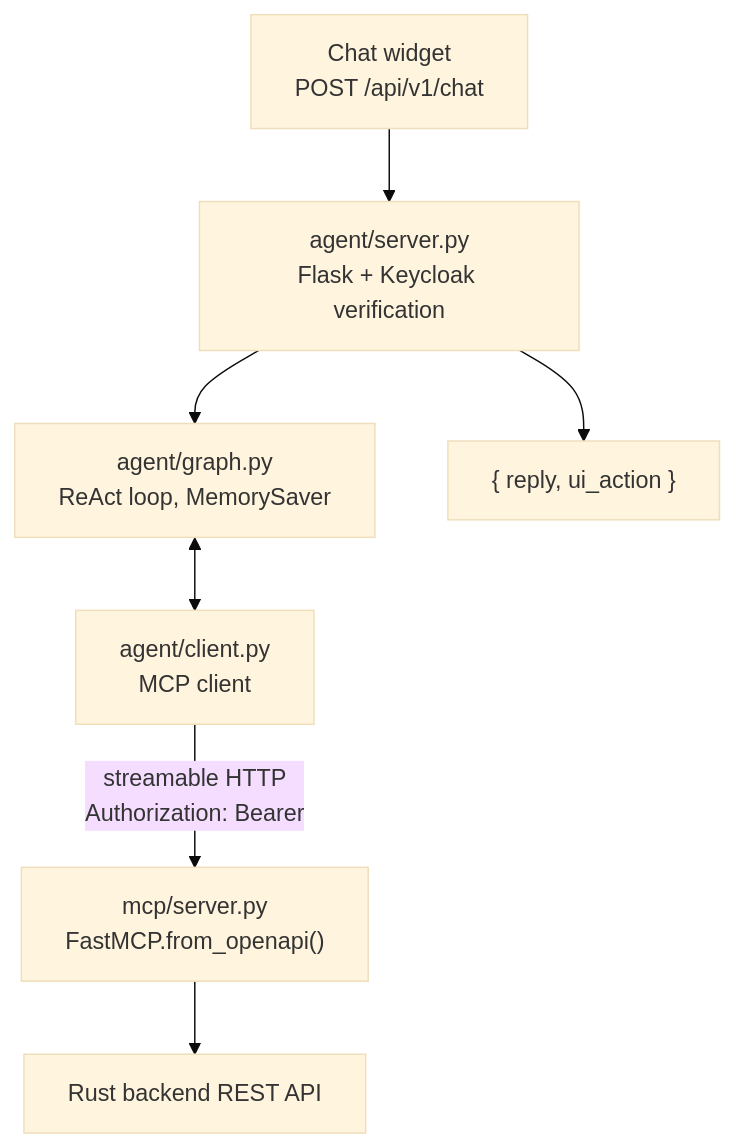
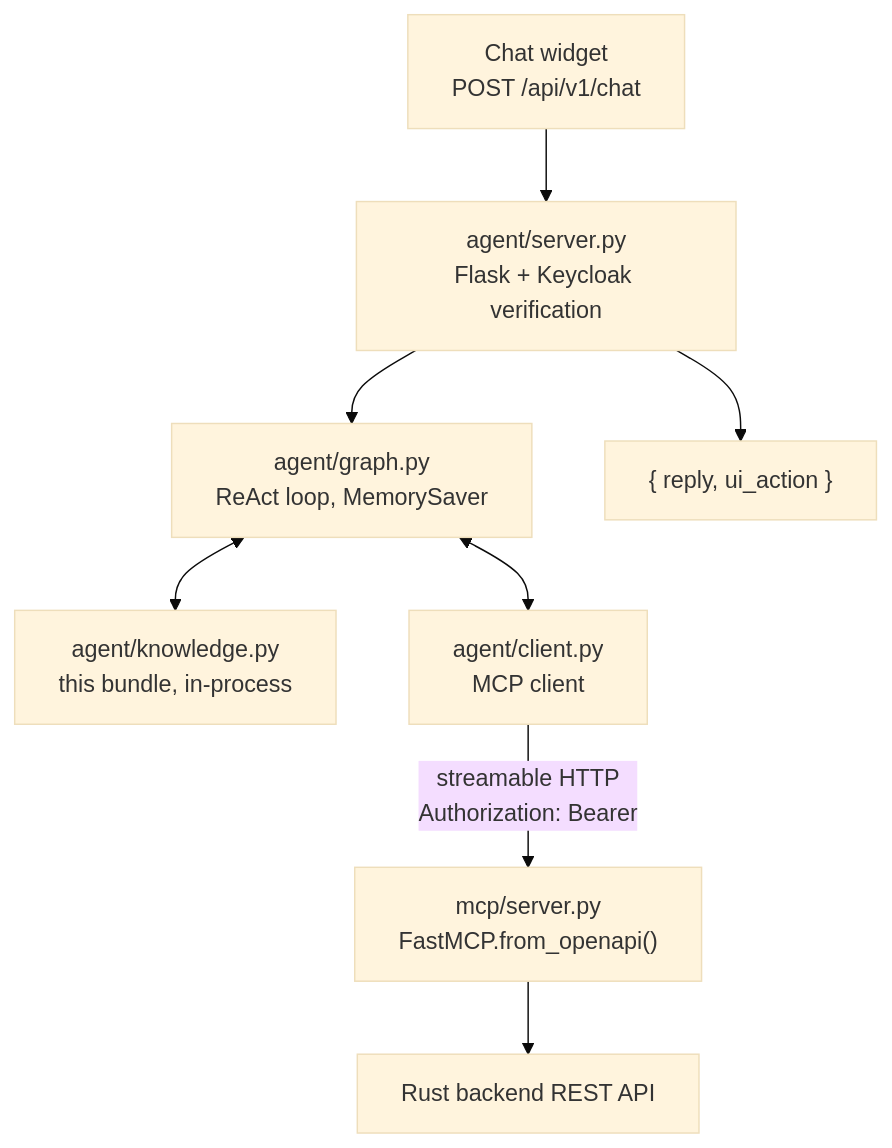
One commit to uid09552/shift changed the diagram in docs/knowledge/architecture/agent-and-mcp-service.md. Above: the diagram before and after it, drawn with Mermaid (base theme). The commit also changed other lines of this file and 18 other files, not shown here.

Commit message:
knowledge graph

````diff
--- a/docs/knowledge/architecture/agent-and-mcp-service.md
+++ b/docs/knowledge/architecture/agent-and-mcp-service.md
@@ -30,9 +38,10 @@
 ```mermaid
 flowchart TB
     W["Chat widget<br/>POST /api/v1/chat"] --> S["agent/server.py<br/>Flask + Keycloak verification"]
     S --> G["agent/graph.py<br/>ReAct loop, MemorySaver"]
+    G <--> K["agent/knowledge.py<br/>this bundle, in-process"]
     G <--> C["agent/client.py<br/>MCP client"]
     C -->|"streamable HTTP<br/>Authorization: Bearer"| M["mcp/server.py<br/>FastMCP.from_openapi()"]
     M --> B["Rust backend REST API"]
     S --> R["{ reply, ui_action }"]
 ```
````
